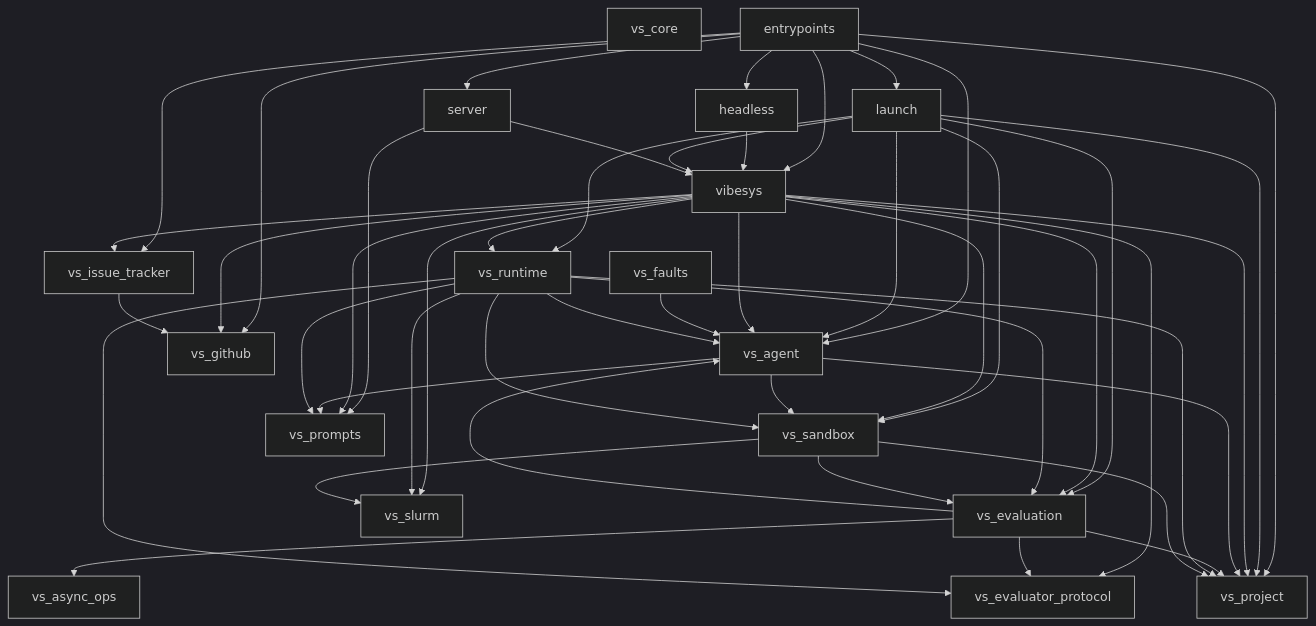
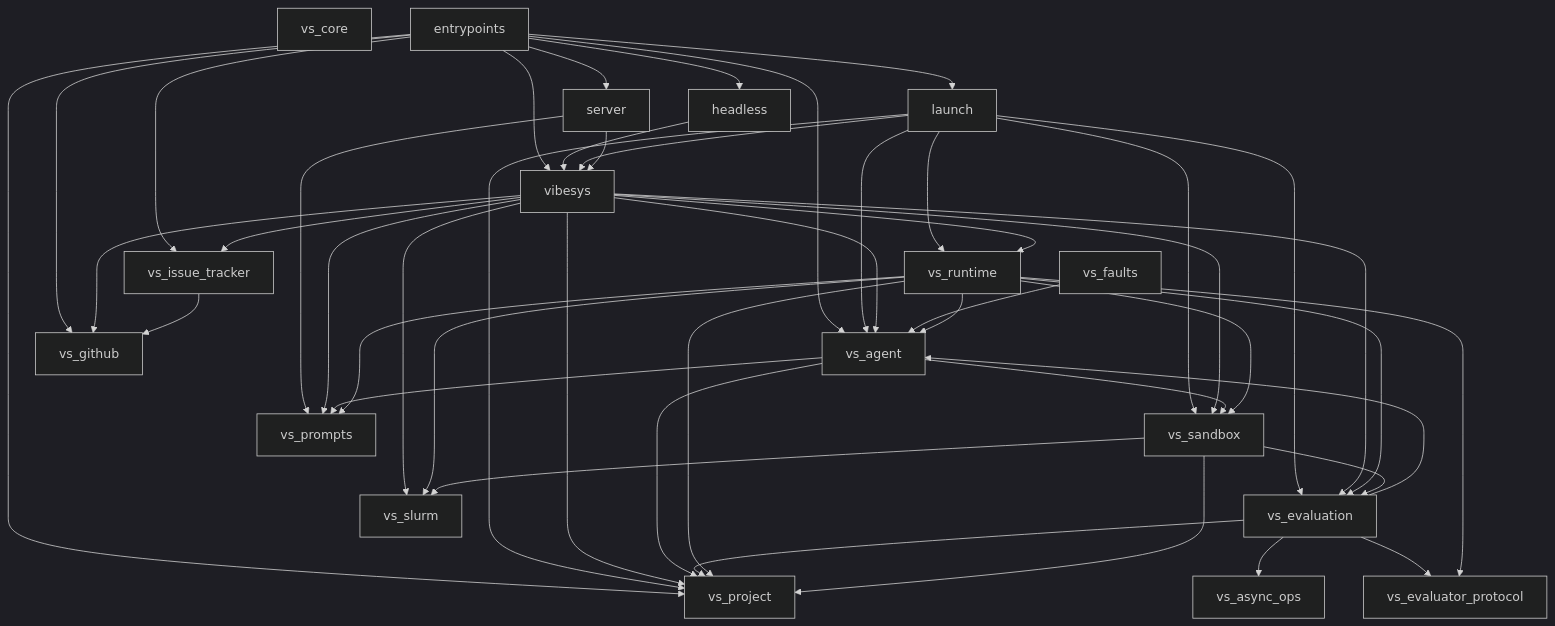
Before and after one commit to uw-syfi/vibesys: the first of 3 diagrams in docs/contributing/architecture.md, drawn with Mermaid (dark theme). The commit also changed other lines of this file and 16 other files, not shown here.

````diff
--- a/docs/contributing/architecture.md
+++ b/docs/contributing/architecture.md
@@ -84,50 +84,49 @@
 ```mermaid
 graph TD
     vs_core
     entrypoints --> headless
     entrypoints --> launch
     entrypoints --> server
     entrypoints --> vibesys
     entrypoints --> vs_agent
     entrypoints --> vs_github
     entrypoints --> vs_issue_tracker
     entrypoints --> vs_project
     headless --> vibesys
     launch --> vibesys
     launch --> vs_agent
     launch --> vs_evaluation
     launch --> vs_project
     launch --> vs_runtime
     launch --> vs_sandbox
     server --> vibesys
     server --> vs_prompts
     vibesys --> vs_agent
     vibesys --> vs_evaluation
-    vibesys --> vs_evaluator_protocol
     vibesys --> vs_github
     vibesys --> vs_issue_tracker
     vibesys --> vs_project
     vibesys --> vs_prompts
     vibesys --> vs_runtime
     vibesys --> vs_sandbox
     vibesys --> vs_slurm
     vs_agent --> vs_project
     vs_agent --> vs_prompts
     vs_agent --> vs_sandbox
     vs_evaluation --> vs_agent
     vs_evaluation --> vs_async_ops
     vs_evaluation --> vs_evaluator_protocol
     vs_evaluation --> vs_project
     vs_faults --> vs_agent
     vs_issue_tracker --> vs_github
     vs_runtime --> vs_agent
     vs_runtime --> vs_evaluation
     vs_runtime --> vs_evaluator_protocol
     vs_runtime --> vs_project
     vs_runtime --> vs_prompts
     vs_runtime --> vs_sandbox
     vs_runtime --> vs_slurm
     vs_sandbox --> vs_evaluation
     vs_sandbox --> vs_project
     vs_sandbox --> vs_slurm
 ```
````
